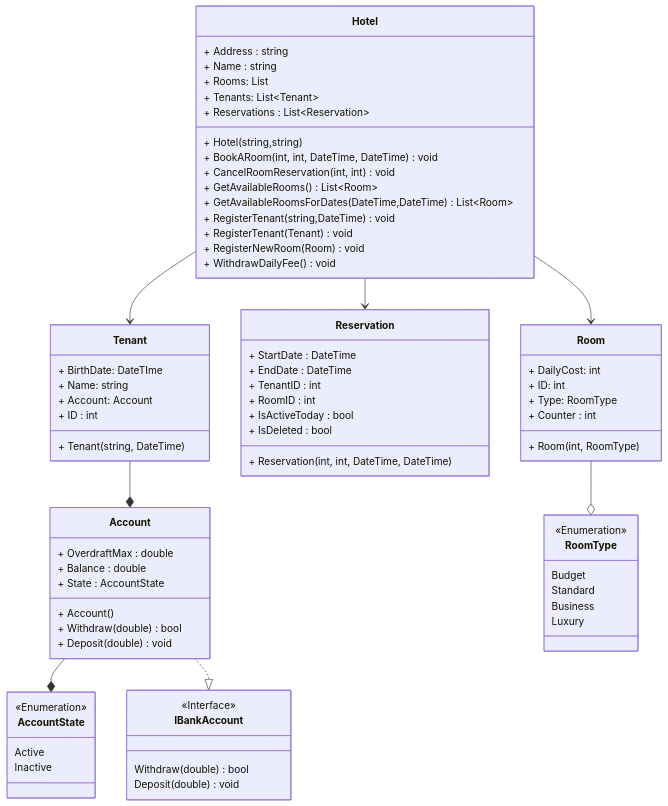
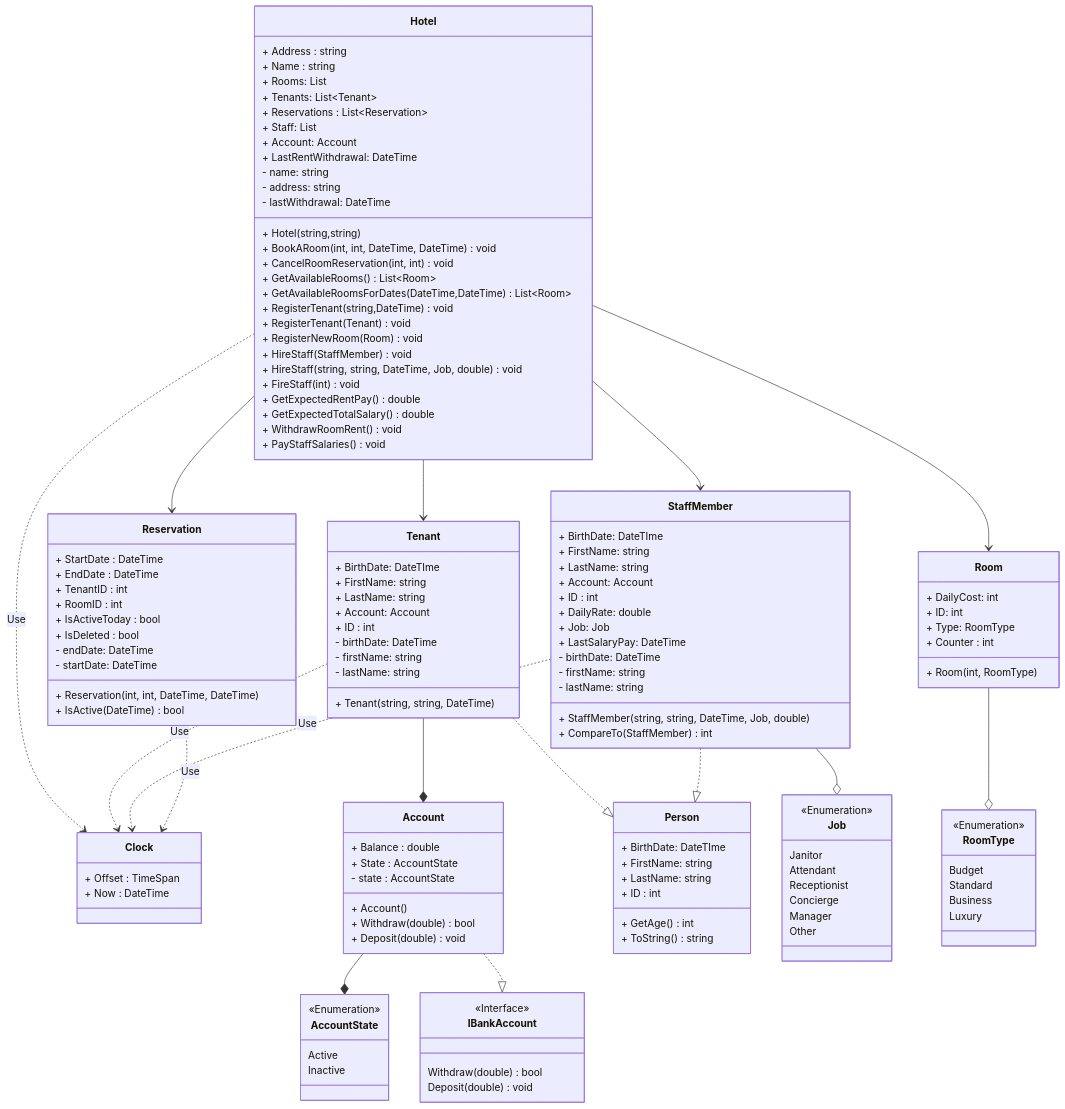
One commit to Zariams/OOP_Practice changed the second of 2 diagrams in README.md. Above: the diagram before and after it, drawn with Mermaid. The commit also changed other lines of this file, not shown here.

Commit message:
Updated diagrams in README.md

````diff
--- a/README.md
+++ b/README.md
@@ -28,9 +36,17 @@
 ```mermaid
 classDiagram
 Hotel --> Tenant
+Hotel --> StaffMember
 Hotel --> Reservation
 Hotel --> Room
+Hotel ..> Clock: Use
 Tenant --* Account
+Tenant ..|> Person
+Tenant ..> Clock: Use
+StaffMember --o Job
+StaffMember ..|> Person
+StaffMember ..> Clock: Use
+Reservation ..> Clock: Use
 Account --* AccountState
 Account ..|> IBankAccount
 Room --o RoomType
@@ -44,7 +60,13 @@
 RoomType: Standard
 RoomType: Business
 RoomType: Luxury
-
+<<Enumeration>> Job
+Job: Janitor
+Job: Attendant
+Job: Receptionist
+Job: Concierge
+Job: Manager
+Job: Other
 <<Interface>> IBankAccount
 IBankAccount: Withdraw(double) bool
 IBankAccount: Deposit(double) void
@@ -56,8 +78,15 @@
 + RoomID : int
 + IsActiveToday : bool
 + IsDeleted : bool
+- endDate: DateTime
+- startDate: DateTime
 }
   Reservation: + Reservation(int, int, DateTime, DateTime)
+Reservation: + IsActive(DateTime) bool
+class Clock{
+  + Offset : TimeSpan
+  + Now : DateTime
+}
 
 class Hotel{
 + Address : string
@@ -65,6 +94,12 @@
 + Rooms: List<Room>
 + Tenants: List~Tenant~
 + Reservations : List~Reservation~
++ Staff: List<StaffMember>
++ Account: Account
++ LastRentWithdrawal: DateTime
+- name: string
+- address: string
+- lastWithdrawal: DateTime
 }
  Hotel: + Hotel(string,string)
  Hotel: + BookARoom(int, int, DateTime, DateTime) void
@@ -74,7 +109,13 @@
  Hotel: + RegisterTenant(string,DateTime) void
  Hotel: + RegisterTenant(Tenant) void
  Hotel: + RegisterNewRoom(Room)  void
- Hotel: + WithdrawDailyFee()  void
+Hotel: + HireStaff(StaffMember)  void
+Hotel: + HireStaff(string, string, DateTime, Job, double)  void
+Hotel: + FireStaff(int) void
+Hotel: + GetExpectedRentPay() double
+Hotel: + GetExpectedTotalSalary() double
+ Hotel: + WithdrawRoomRent()  void
+ Hotel: + PayStaffSalaries()  void
 
 class Room{
 + DailyCost: int
@@ -86,16 +127,44 @@
 
 class Tenant{
 + BirthDate: DateTIme
-+ Name: string
++ FirstName: string
++ LastName: string
 + Account: Account
 + ID : int
+- birthDate: DateTime
+- firstName: string
+- lastName: string
 }
-  Tenant: + Tenant(string, DateTime)
+  Tenant: + Tenant(string, string, DateTime)
 
+class Person{
++ BirthDate: DateTIme
++ FirstName: string
++ LastName: string
++ ID : int
+}
+  Person: + GetAge() int
+  Person: + ToString() string
+
+class StaffMember{
++ BirthDate: DateTIme
++ FirstName: string
++ LastName: string
++ Account: Account
++ ID : int
++ DailyRate: double
++ Job: Job
++ LastSalaryPay: DateTime
+- birthDate: DateTime
+- firstName: string
+- lastName: string
+}
+  StaffMember: + StaffMember(string, string, DateTime, Job, double)
+ StaffMember: + CompareTo(StaffMember) int
 class Account{
-+ OverdraftMax : double
 + Balance : double
 + State : AccountState
+- state : AccountState
 }
  Account: + Account()
 Account: + Withdraw(double) bool
````
